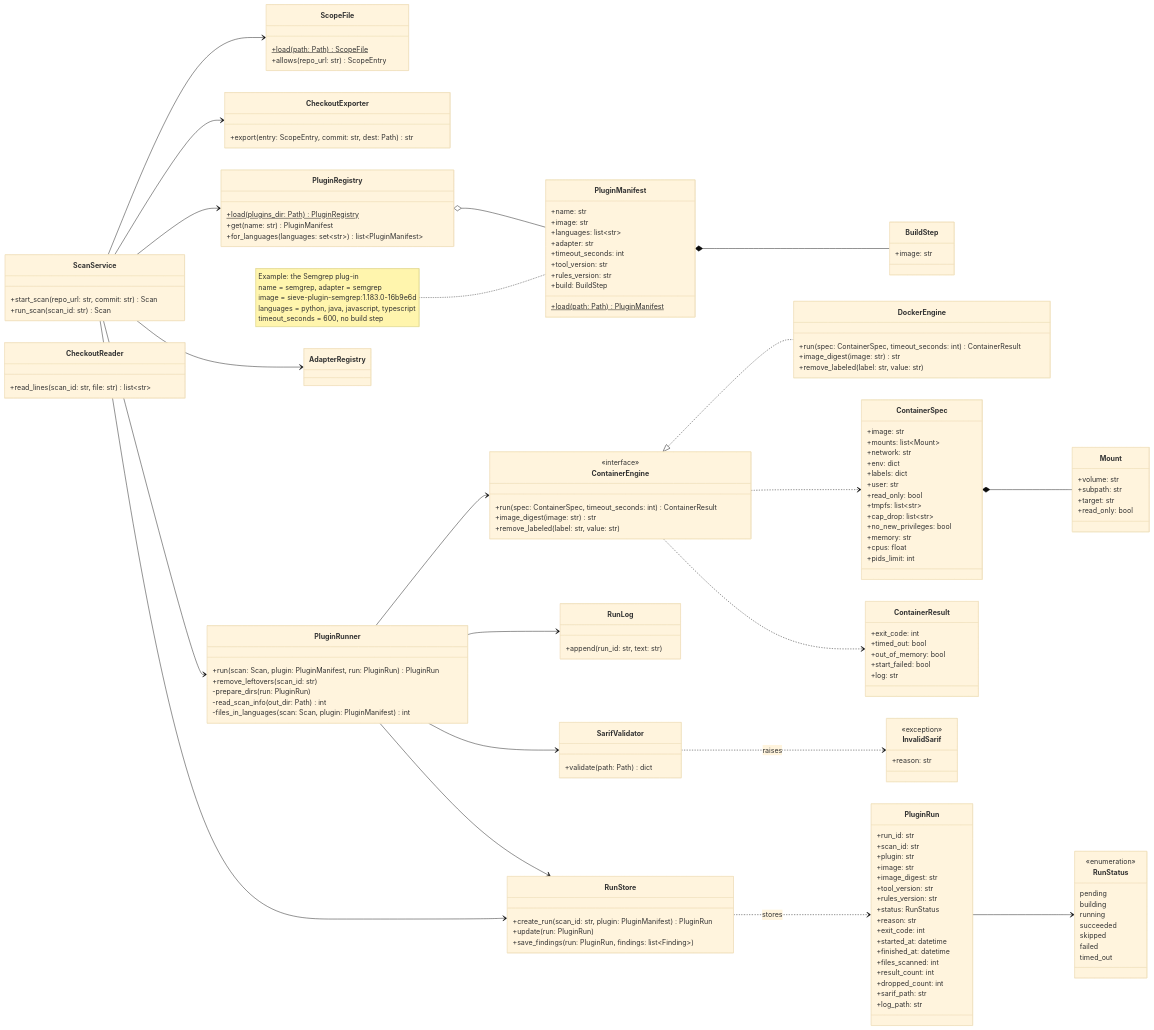
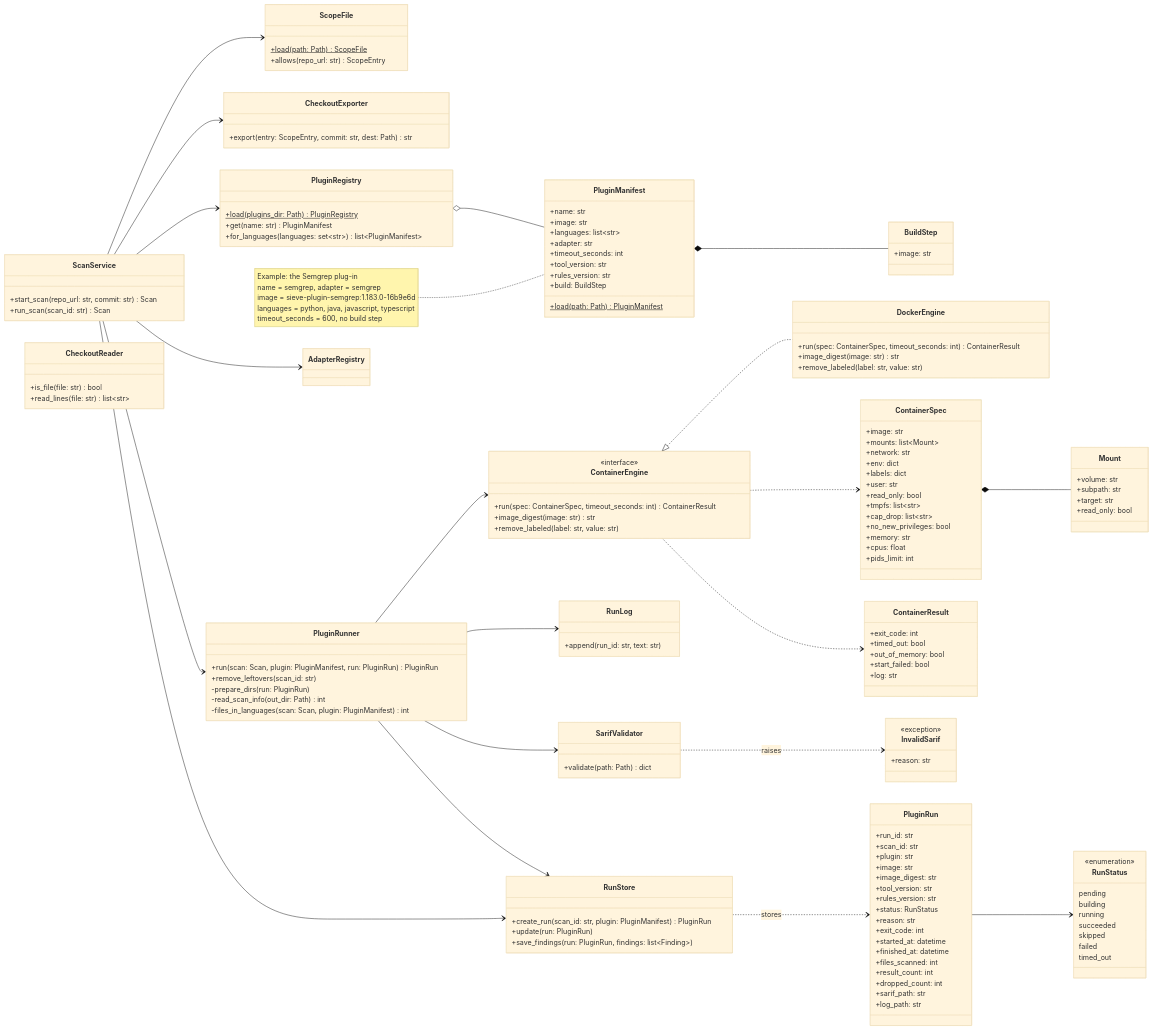
One commit to sieve-ku-comp491/sieve changed the first of 5 diagrams in docs/class-diagrams.md. Above: the diagram before and after it, drawn with Mermaid (base theme). The commit also changed other lines of this file and 17 other files, not shown here.

```diff
--- a/docs/class-diagrams.md
+++ b/docs/class-diagrams.md
@@ -23,7 +23,8 @@
     +export(entry: ScopeEntry, commit: str, dest: Path) str
   }
   class CheckoutReader {
-    +read_lines(scan_id: str, file: str) list~str~
+    +is_file(file: str) bool
+    +read_lines(file: str) list~str~
   }
   class PluginRegistry {
     +load(plugins_dir: Path)$ PluginRegistry
```
